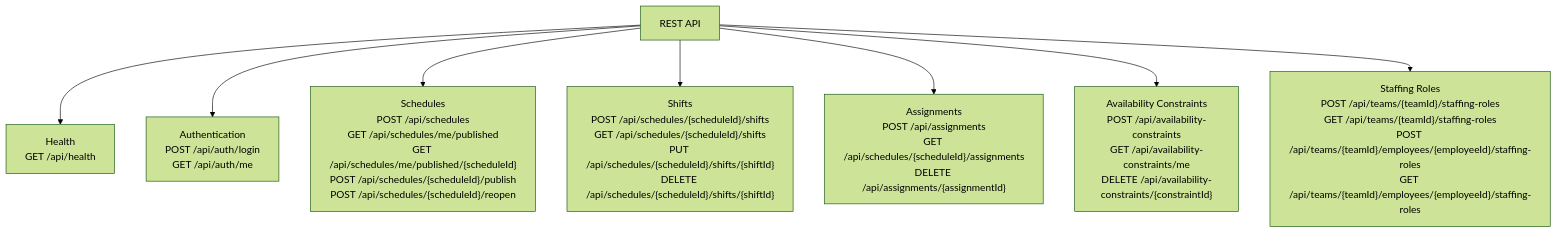
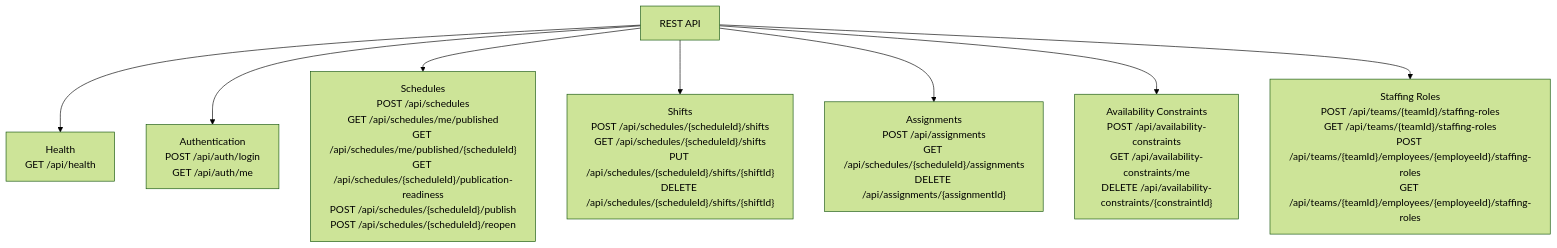
Before and after one commit to HiliMor/shift-management-system: the fifth of 14 diagrams in docs/current-backend-architecture.md, drawn with Mermaid (forest theme). The commit also changed other lines of this file and 8 other files, not shown here.

Commit message:
Add publication readiness report

````diff
--- a/docs/current-backend-architecture.md
+++ b/docs/current-backend-architecture.md
@@ -203,20 +203,20 @@
 ```mermaid
 flowchart TD
     api["REST API"]
 
     healthApi["Health<br/>GET /api/health"]
     authApi["Authentication<br/>POST /api/auth/login<br/>GET /api/auth/me"]
-    schedulesApi["Schedules<br/>POST /api/schedules<br/>GET /api/schedules/me/published<br/>GET /api/schedules/me/published/{scheduleId}<br/>POST /api/schedules/{scheduleId}/publish<br/>POST /api/schedules/{scheduleId}/reopen"]
+    schedulesApi["Schedules<br/>POST /api/schedules<br/>GET /api/schedules/me/published<br/>GET /api/schedules/me/published/{scheduleId}<br/>GET /api/schedules/{scheduleId}/publication-readiness<br/>POST /api/schedules/{scheduleId}/publish<br/>POST /api/schedules/{scheduleId}/reopen"]
     shiftsApi["Shifts<br/>POST /api/schedules/{scheduleId}/shifts<br/>GET /api/schedules/{scheduleId}/shifts<br/>PUT /api/schedules/{scheduleId}/shifts/{shiftId}<br/>DELETE /api/schedules/{scheduleId}/shifts/{shiftId}"]
     assignmentsApi["Assignments<br/>POST /api/assignments<br/>GET /api/schedules/{scheduleId}/assignments<br/>DELETE /api/assignments/{assignmentId}"]
     availabilityApi["Availability Constraints<br/>POST /api/availability-constraints<br/>GET /api/availability-constraints/me<br/>DELETE /api/availability-constraints/{constraintId}"]
     staffingApi["Staffing Roles<br/>POST /api/teams/{teamId}/staffing-roles<br/>GET /api/teams/{teamId}/staffing-roles<br/>POST /api/teams/{teamId}/employees/{employeeId}/staffing-roles<br/>GET /api/teams/{teamId}/employees/{employeeId}/staffing-roles"]
 
     api --> healthApi
     api --> authApi
     api --> schedulesApi
     api --> shiftsApi
     api --> assignmentsApi
     api --> availabilityApi
     api --> staffingApi
 ```
````
